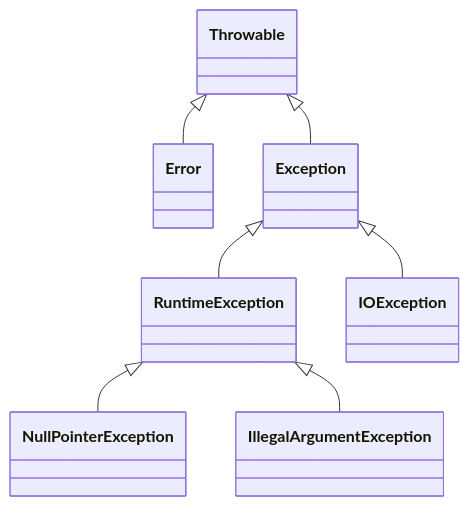
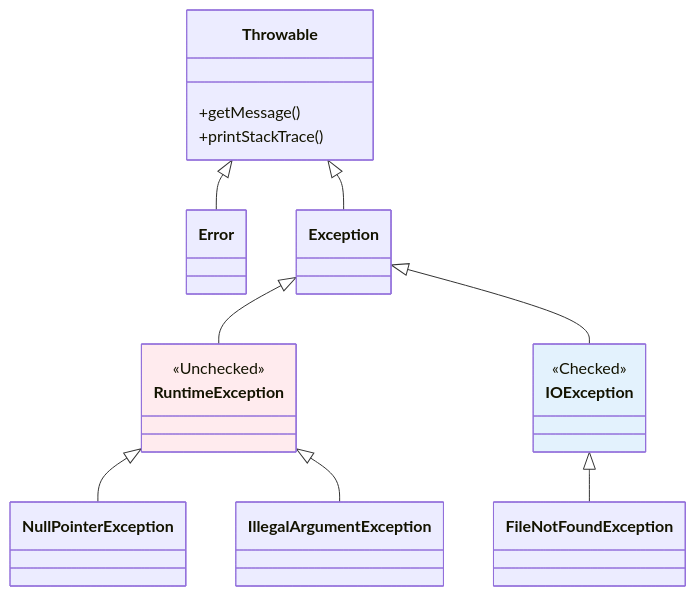
The diagram in src/content/tutorials/java-complete/java-complete-part-13.md (pc-eight-one/codersbox), drawn with Mermaid before and after one commit. The commit also changed other lines of this file and 43 other files, not shown here.

````diff
--- a/src/content/tutorials/java-complete/java-complete-part-13.md
+++ b/src/content/tutorials/java-complete/java-complete-part-13.md
@@ -21,9 +24,24 @@
 ```mermaid
 classDiagram
     Throwable <|-- Error
     Throwable <|-- Exception
     Exception <|-- RuntimeException
     Exception <|-- IOException
     RuntimeException <|-- NullPointerException
     RuntimeException <|-- IllegalArgumentException
+    IOException <|-- FileNotFoundException
+    
+    class Throwable {
+        +getMessage()
+        +printStackTrace()
+    }
+    class RuntimeException {
+        <<Unchecked>>
+    }
+    class IOException {
+        <<Checked>>
+    }
+    
+    style RuntimeException fill:#ffebee
+    style IOException fill:#e3f2fd
 ```
````
